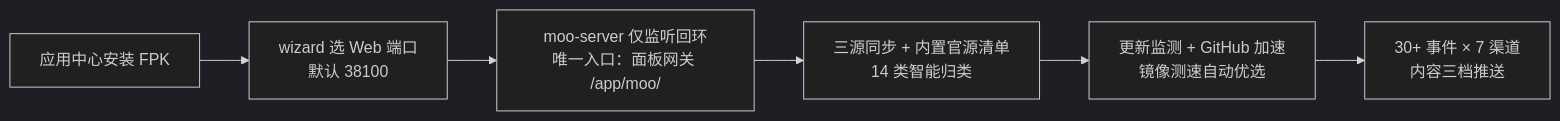
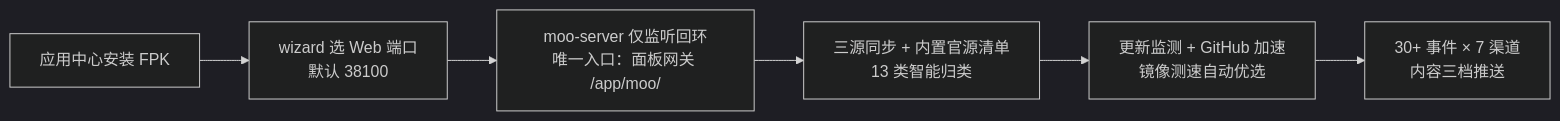
The diagram in README.md (Blue-Mink/moo), drawn with Mermaid (dark theme) before and after one commit. The commit also changed other lines of this file and 11 other files, not shown here.

````diff
--- a/README.md
+++ b/README.md
@@ -138,8 +141,8 @@
 ```mermaid
 flowchart LR
     A["应用中心安装 FPK"] --> B["wizard 选 Web 端口<br/>默认 38100"]
     B --> C["moo-server 仅监听回环<br/>唯一入口：面板网关 /app/moo/"]
-    C --> D["三源同步 + 内置官源清单<br/>14 类智能归类"]
+    C --> D["三源同步 + 内置官源清单<br/>13 类智能归类"]
     D --> E["更新监测 + GitHub 加速<br/>镜像测速自动优选"]
     E --> F["30+ 事件 × 7 渠道<br/>内容三档推送"]
 ```
````
